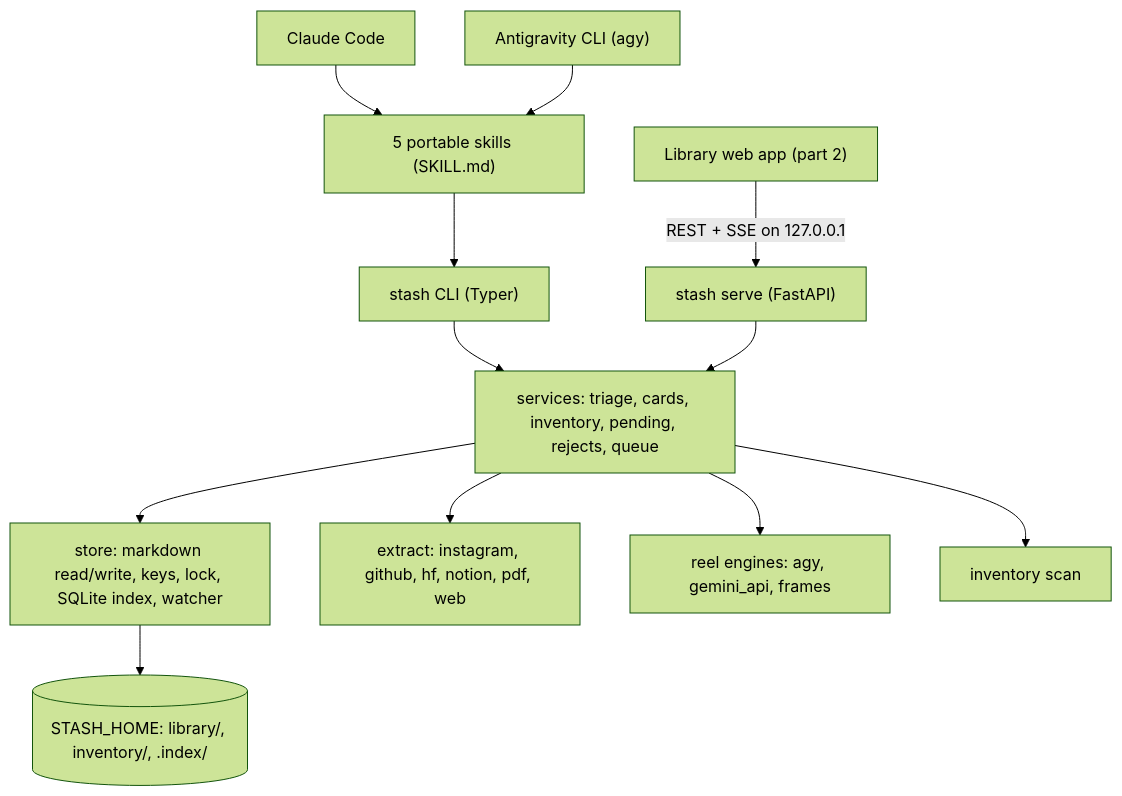
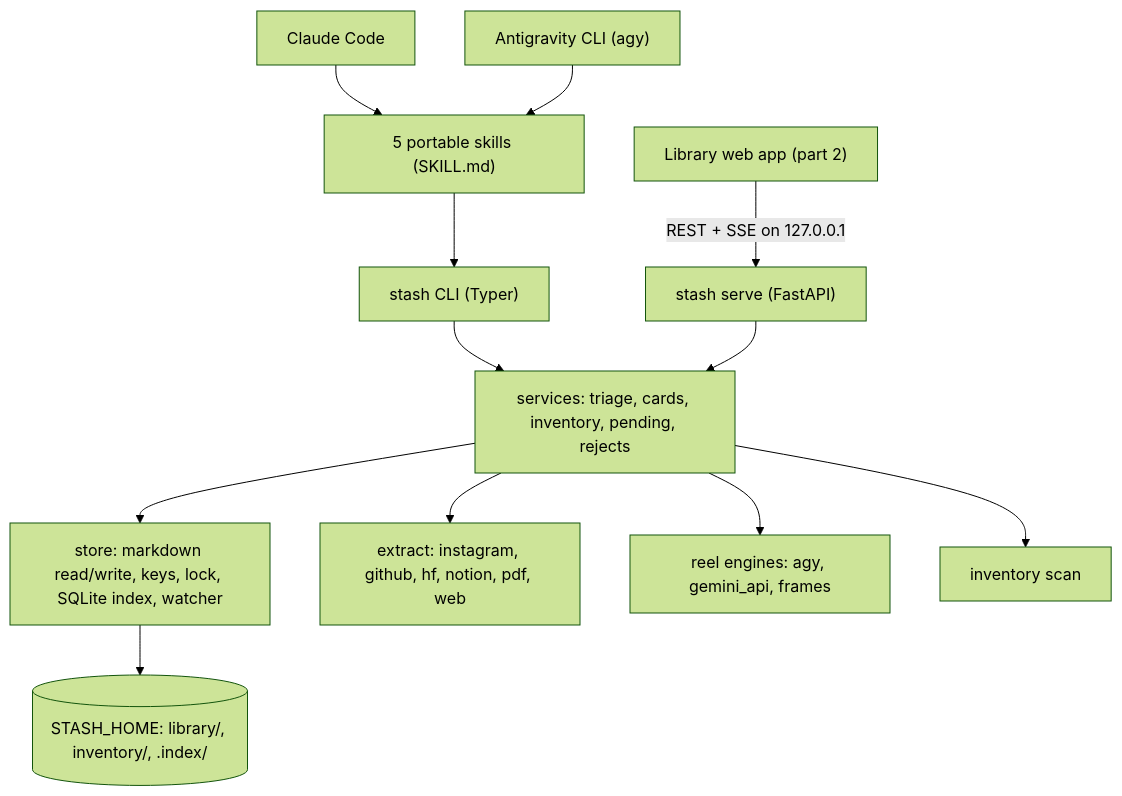
One commit to hriday-singh/link-stash changed the diagram in docs/link-stash-spec.md. Above: the diagram before and after it, drawn with Mermaid (forest theme). The commit also changed other lines of this file and 50 other files, not shown here.

````diff
--- a/docs/link-stash-spec.md
+++ b/docs/link-stash-spec.md
@@ -69,14 +69,14 @@
 ```mermaid
 flowchart TD
     CC[Claude Code] --> SK
     AGY["Antigravity CLI (agy)"] --> SK
     SK["5 portable skills (SKILL.md)"] --> CLI
     WEB["Library web app (part 2)"] -->|REST + SSE on 127.0.0.1| API
     CLI["stash CLI (Typer)"] --> SVC
     API["stash serve (FastAPI)"] --> SVC
-    SVC["services: triage, cards, inventory, pending, rejects, queue"] --> STORE
+    SVC["services: triage, cards, inventory, pending, rejects"] --> STORE
     SVC --> EX["extract: instagram, github, hf, notion, pdf, web"]
     SVC --> RE["reel engines: agy, gemini_api, frames"]
     SVC --> INV["inventory scan"]
     STORE["store: markdown read/write, keys, lock, SQLite index, watcher"] --> DATA[("STASH_HOME: library/, inventory/, .index/")]
 ```
````
